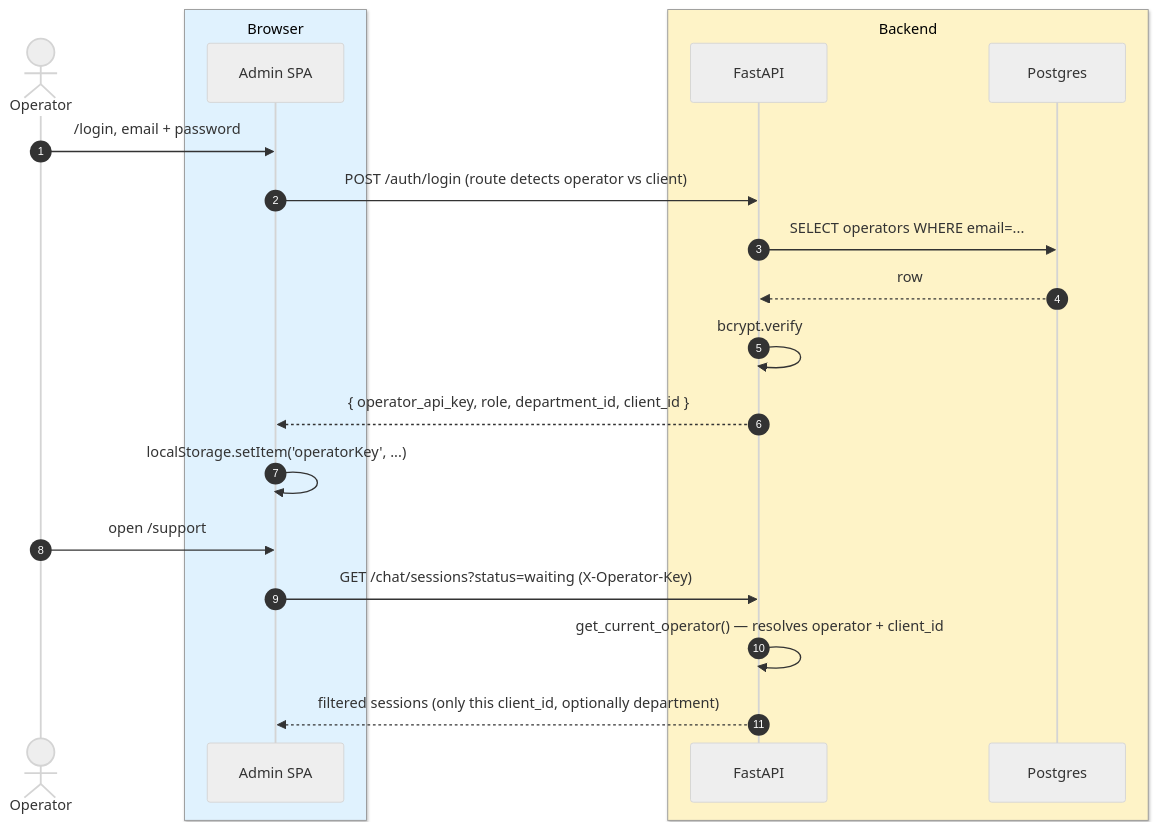
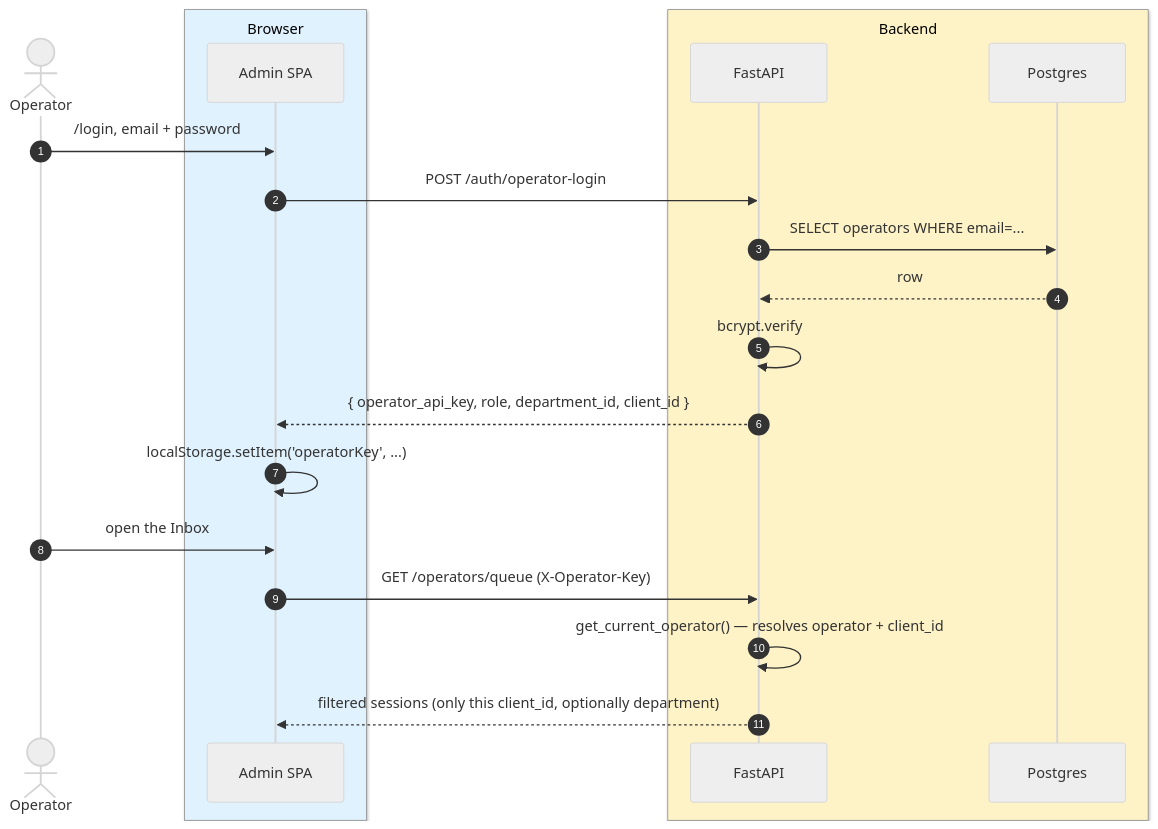
The second of 4 diagrams in docs/system-design/docs/04-flows/auth-flows.md (digibranders/oye-chats-platform), drawn with Mermaid (neutral theme) before and after one commit. The commit also changed other lines of this file and 35 other files, not shown here.

First line of the commit message:
docs(system-design): the architecture site described a system two rewrites old

````diff
--- a/docs/system-design/docs/04-flows/auth-flows.md
+++ b/docs/system-design/docs/04-flows/auth-flows.md
@@ -39,25 +39,25 @@
 ```mermaid
 sequenceDiagram
     autonumber
     actor Op as Operator
     box rgb(224,242,254) Browser
       participant Admin as Admin SPA
     end
     box rgb(254,243,199) Backend
       participant API as FastAPI
       participant DB as Postgres
     end
 
     Op->>Admin: /login, email + password
-    Admin->>API: POST /auth/login (route detects operator vs client)
+    Admin->>API: POST /auth/operator-login
     API->>DB: SELECT operators WHERE email=...
     DB-->>API: row
     API->>API: bcrypt.verify
     API-->>Admin: { operator_api_key, role, department_id, client_id }
     Admin->>Admin: localStorage.setItem('operatorKey', ...)
 
-    Op->>Admin: open /support
-    Admin->>API: GET /chat/sessions?status=waiting (X-Operator-Key)
+    Op->>Admin: open the Inbox
+    Admin->>API: GET /operators/queue (X-Operator-Key)
     API->>API: get_current_operator() — resolves operator + client_id
     API-->>Admin: filtered sessions (only this client_id, optionally department)
 ```
````
